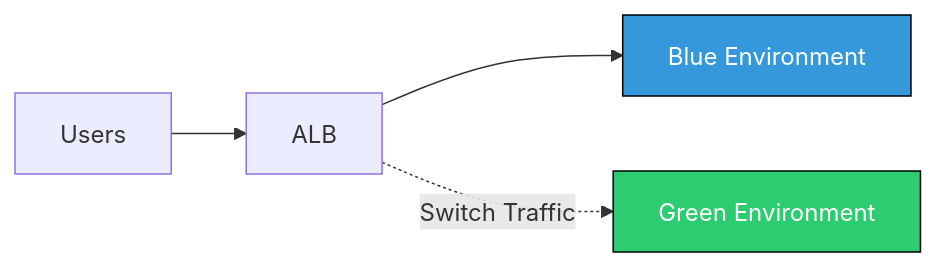
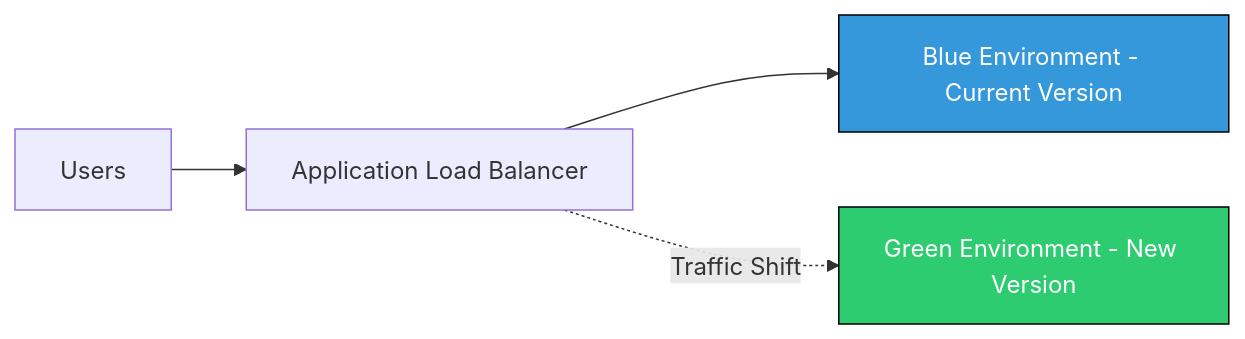
The eighth of 9 diagrams in README.md (AniketFirke/-CI-CD-Projects), drawn with Mermaid before and after one commit. The commit also changed other lines of this file, not shown here.

````diff
--- a/README.md
+++ b/README.md
@@ -171,9 +181,9 @@
 ```mermaid
 flowchart LR
-    A[Users] --> B[ALB]
-    B --> C[Blue Environment]
-    B -.Switch Traffic.-> D[Green Environment]
+    A[Users] --> B[Application Load Balancer]
+    B --> C[Blue Environment - Current Version]
+    B -.Traffic Shift.-> D[Green Environment - New Version]
 
     style C fill:#3498db,stroke:#000,color:#fff
     style D fill:#2ecc71,stroke:#000,color:#fff
 ```
````
